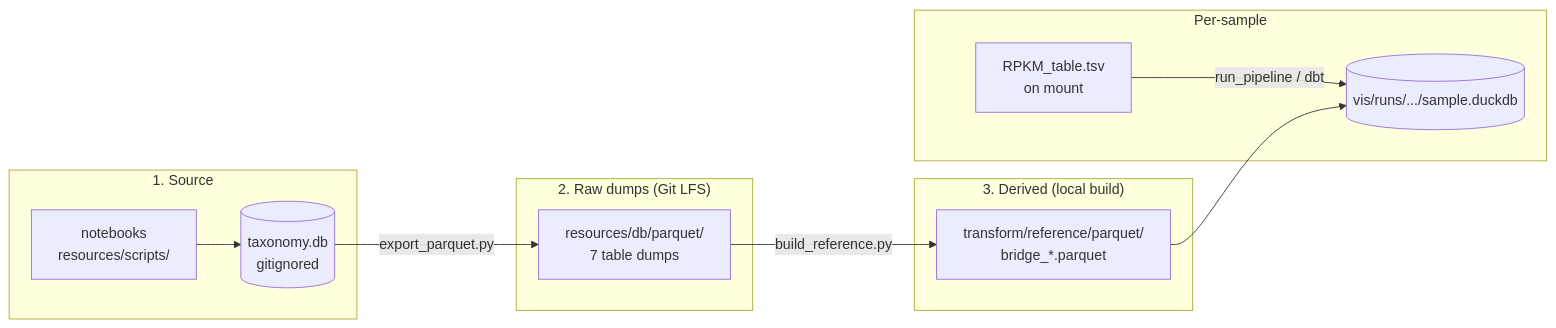
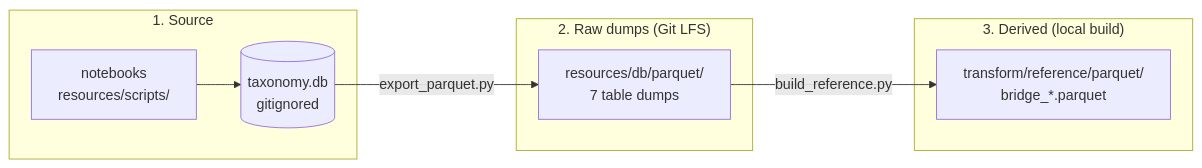
One commit to ParkinsonLab/metapro-data-vis changed the diagram in README.md. Above: the diagram before and after it, drawn with Mermaid. The commit also changed other lines of this file, not shown here.

First line of the commit message:
docs: distinguish reference data from sample data in refresh section

````diff
--- a/README.md
+++ b/README.md
@@ -266,21 +268,16 @@
 ```mermaid
 flowchart LR
   subgraph source["1. Source"]
     NB["notebooks<br/>resources/scripts/"]
     TDB[("taxonomy.db<br/>gitignored")]
     NB --> TDB
   end
 
   subgraph raw["2. Raw dumps (Git LFS)"]
   TDB -->|"export_parquet.py"| RAW["resources/db/parquet/<br/>7 table dumps"]
   end
 
   subgraph derived["3. Derived (local build)"]
   RAW -->|"build_reference.py"| BR["transform/reference/parquet/<br/>bridge_*.parquet"]
   end
-
-  subgraph sample["Per-sample"]
-  RPKM["RPKM_table.tsv<br/>on mount"] -->|"run_pipeline / dbt"| DUCK[("vis/runs/.../sample.duckdb")]
-  BR --> DUCK
-  end
 ```
````
